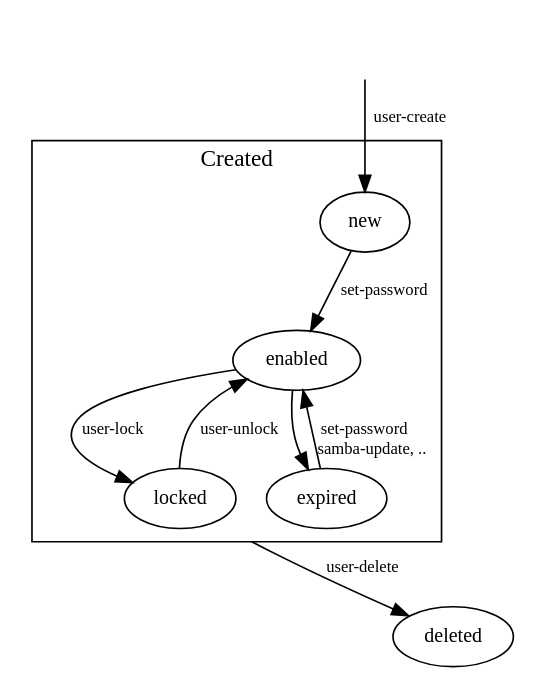
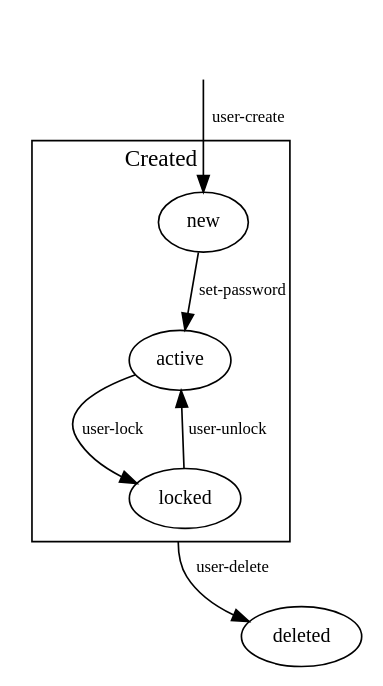
One commit to nethesis/dev-nethesis-it changed the diagram in nethserver/user-account-sm.dot. Above: the diagram before and after it, drawn with Graphviz.

Commit message:
removed expired state, renamed enabled -> active. Refs #1003, #974

```diff
--- a/nethserver/user-account-sm.dot
+++ b/nethserver/user-account-sm.dot
@@ -1,29 +1,27 @@
 digraph User {
   compound=true;  fontname = "Cantarell"; fontnames="svg"; fontsize=14;
 
   node [fontname="Cantarell",fontsize=12];
   edge [fontname="Cantarell",fontsize=10];
 
 
   deleted [label="deleted"];
 
   start [style=invis];
 
   start -> new [label="user-create"];
 
   subgraph cluster0 {
     label="Created"
 
-    new -> enabled [label="set-password"];
-    enabled -> locked [label="user-lock"];
-    enabled -> expired [headlabel="samba-update, ..",labeldistance=4,labelangle=-100];
-    expired -> enabled [label="set-password"];
-    locked -> enabled [label="user-unlock"];
+    new -> active [label="set-password"];
+    active -> locked [label="user-lock"];
+    locked -> active [label="user-unlock"];
   }
 
     new -> deleted [style=invis];
-    enabled -> deleted [style=invis];
+    active -> deleted [style=invis];
     locked -> deleted [ltail=cluster0,label="user-delete"];
 
 
 }
```
